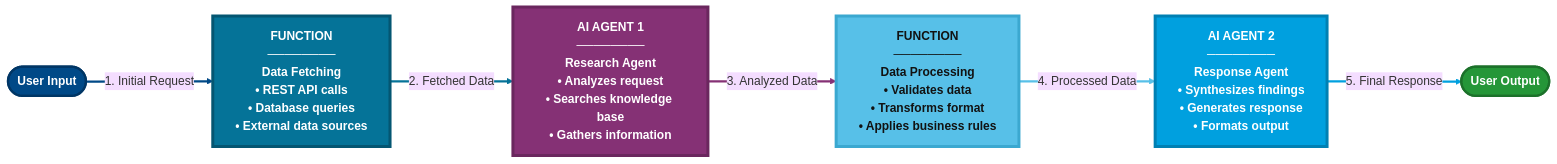
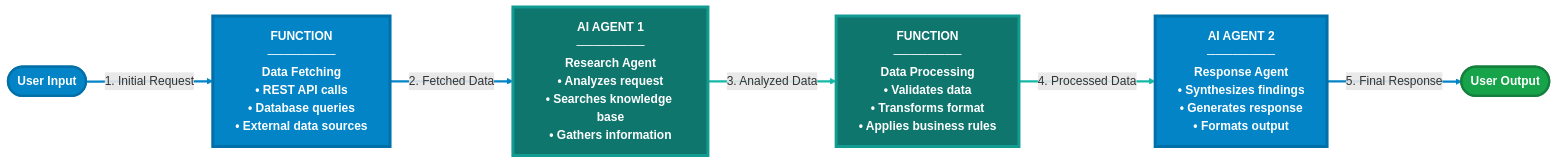
One commit to nitin27may/ai-resources changed the fifth of 5 diagrams in docs/concepts/ai-agents.md. Above: the diagram before and after it, drawn with Mermaid. The commit also changed other lines of this file and 84 other files, not shown here.

````diff
--- a/docs/concepts/ai-agents.md
+++ b/docs/concepts/ai-agents.md
@@ -276,32 +373,32 @@
 ```mermaid
 
-%%{init: {'theme':'base', 'themeVariables': {'fontSize':'16px'}}}%%
+%%{init: {'themeVariables': {'fontSize':'16px'}}}%%
 
 graph LR
     Start([User Input])
     Func1["FUNCTION<br/>────────<br/>Data Fetching<br/>• REST API calls<br/>• Database queries<br/>• External data sources"]
     Agent1["AI AGENT 1<br/>────────<br/>Research Agent<br/>• Analyzes request<br/>• Searches knowledge base<br/>• Gathers information"]
     Func2["FUNCTION<br/>────────<br/>Data Processing<br/>• Validates data<br/>• Transforms format<br/>• Applies business rules"]
     Agent2["AI AGENT 2<br/>────────<br/>Response Agent<br/>• Synthesizes findings<br/>• Generates response<br/>• Formats output"]
     End([User Output])
     
     Start -->|"1. Initial Request"| Func1
     Func1 -->|"2. Fetched Data"| Agent1
     Agent1 -->|"3. Analyzed Data"| Func2
     Func2 -->|"4. Processed Data"| Agent2
     Agent2 -->|"5. Final Response"| End
     
-    style Start fill:#004987,stroke:#003665,stroke-width:3px,color:#ffffff,font-weight:bold
-    style Func1 fill:#057398,stroke:#045672,stroke-width:4px,color:#ffffff,font-weight:bold
-    style Agent1 fill:#853175,stroke:#6A275E,stroke-width:4px,color:#ffffff,font-weight:bold
-    style Func2 fill:#57C0E8,stroke:#3BA8D0,stroke-width:4px,color:#121212,font-weight:bold
-    style Agent2 fill:#00A0DF,stroke:#0080B3,stroke-width:4px,color:#ffffff,font-weight:bold
-    style End fill:#259638,stroke:#1C712A,stroke-width:3px,color:#ffffff,font-weight:bold
+    style Start fill:#0284c7,stroke:#0270a8,stroke-width:3px,color:#ffffff,font-weight:bold
+    style Func1 fill:#0284c7,stroke:#0270a8,stroke-width:4px,color:#ffffff,font-weight:bold
+    style Agent1 fill:#0f766e,stroke:#119b91,stroke-width:4px,color:#ffffff,font-weight:bold
+    style Func2 fill:#0f766e,stroke:#119b91,stroke-width:4px,color:#fff,font-weight:bold
+    style Agent2 fill:#0284c7,stroke:#0270a8,stroke-width:4px,color:#ffffff,font-weight:bold
+    style End fill:#16a34a,stroke:#15803d,stroke-width:3px,color:#ffffff,font-weight:bold
     
-    linkStyle 0 stroke:#004987,stroke-width:3px
-    linkStyle 1 stroke:#057398,stroke-width:3px
-    linkStyle 2 stroke:#853175,stroke-width:3px
-    linkStyle 3 stroke:#57C0E8,stroke-width:3px
-    linkStyle 4 stroke:#00A0DF,stroke-width:3px
+    linkStyle 0 stroke:#0284c7,stroke-width:3px
+    linkStyle 1 stroke:#0284c7,stroke-width:3px
+    linkStyle 2 stroke:#14b8a6,stroke-width:3px
+    linkStyle 3 stroke:#14b8a6,stroke-width:3px
+    linkStyle 4 stroke:#0284c7,stroke-width:3px
 
 ```
````
